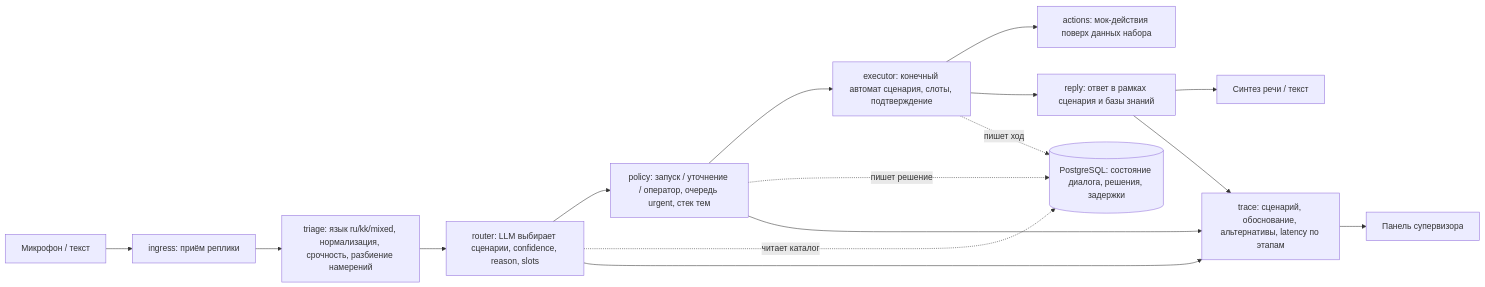
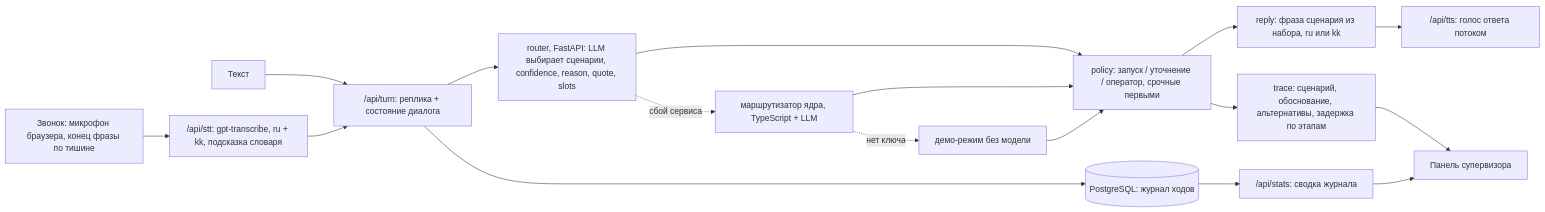
Before and after one commit to BAITC-Hacks/hack-5fefe2e0-iitu-spartans: the first of 5 diagrams in README.md, drawn with Mermaid. The commit also changed other lines of this file and 3 other files, not shown here.

````diff
--- a/README.md
+++ b/README.md
@@ -47,20 +50,19 @@
 ```mermaid
 flowchart LR
-    Mic["Микрофон / текст"] --> Ingress["ingress: приём реплики"]
-    Ingress --> Triage["triage: язык ru/kk/mixed, нормализация, срочность, разбиение намерений"]
-    Triage --> Router["router: LLM выбирает сценарии, confidence, reason, slots"]
-    Router --> Policy["policy: запуск / уточнение / оператор, очередь urgent, стек тем"]
-    Policy --> Executor["executor: конечный автомат сценария, слоты, подтверждение"]
-    Executor --> Actions["actions: мок-действия поверх данных набора"]
-    Executor --> Reply["reply: ответ в рамках сценария и базы знаний"]
-    Reply --> Voice["Синтез речи / текст"]
-    State[("PostgreSQL: состояние диалога, решения, задержки")]
-    Router -. читает каталог .-> State
-    Policy -. пишет решение .-> State
-    Executor -. пишет ход .-> State
-    Trace["trace: сценарий, обоснование, альтернативы, latency по этапам"]
-    Router --> Trace
-    Policy --> Trace
-    Reply --> Trace
+    Mic["Звонок: микрофон браузера, конец фразы по тишине"] --> STT["/api/stt: gpt-transcribe, ru + kk, подсказка словаря"]
+    Text["Текст"] --> Turn["/api/turn: реплика + состояние диалога"]
+    STT --> Turn
+    Turn --> Router["router, FastAPI: LLM выбирает сценарии, confidence, reason, quote, slots"]
+    Router -. сбой сервиса .-> Core["маршрутизатор ядра, TypeScript + LLM"]
+    Core -. нет ключа .-> Demo["демо-режим без модели"]
+    Router --> Policy["policy: запуск / уточнение / оператор, срочные первыми"]
+    Core --> Policy
+    Demo --> Policy
+    Policy --> Reply["reply: фраза сценария из набора, ru или kk"]
+    Reply --> TTS["/api/tts: голос ответа потоком"]
+    Policy --> Trace["trace: сценарий, обоснование, альтернативы, задержка по этапам"]
     Trace --> Panel["Панель супервизора"]
+    Turn --> DB[("PostgreSQL: журнал ходов")]
+    DB --> Stats["/api/stats: сводка журнала"]
+    Stats --> Panel
 ```
````
